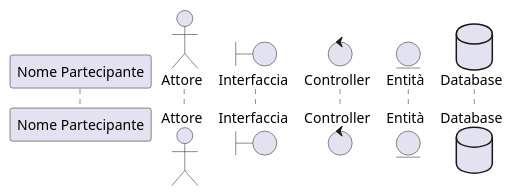
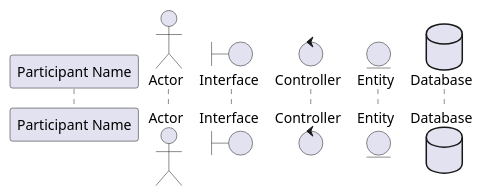
The first of 32 diagrams in 03-behavioral-diagrams/sequence-diagrams/README.md (Seniorsimo/sas-template), drawn with PlantUML before and after one commit. The commit also changed other lines of this file and 49 other files, not shown here.

````diff
--- a/03-behavioral-diagrams/sequence-diagrams/README.md
+++ b/03-behavioral-diagrams/sequence-diagrams/README.md
@@ -16,8 +16,8 @@
 ```plantuml
-participant "Nome Partecipante" as P1
-actor "Attore" as A1
-boundary "Interfaccia" as I1
+participant "Participant Name" as P1
+actor "Actor" as A1
+boundary "Interface" as I1
 control "Controller" as C1
-entity "Entità" as E1
+entity "Entity" as E1
 database "Database" as DB1
 ```
````
